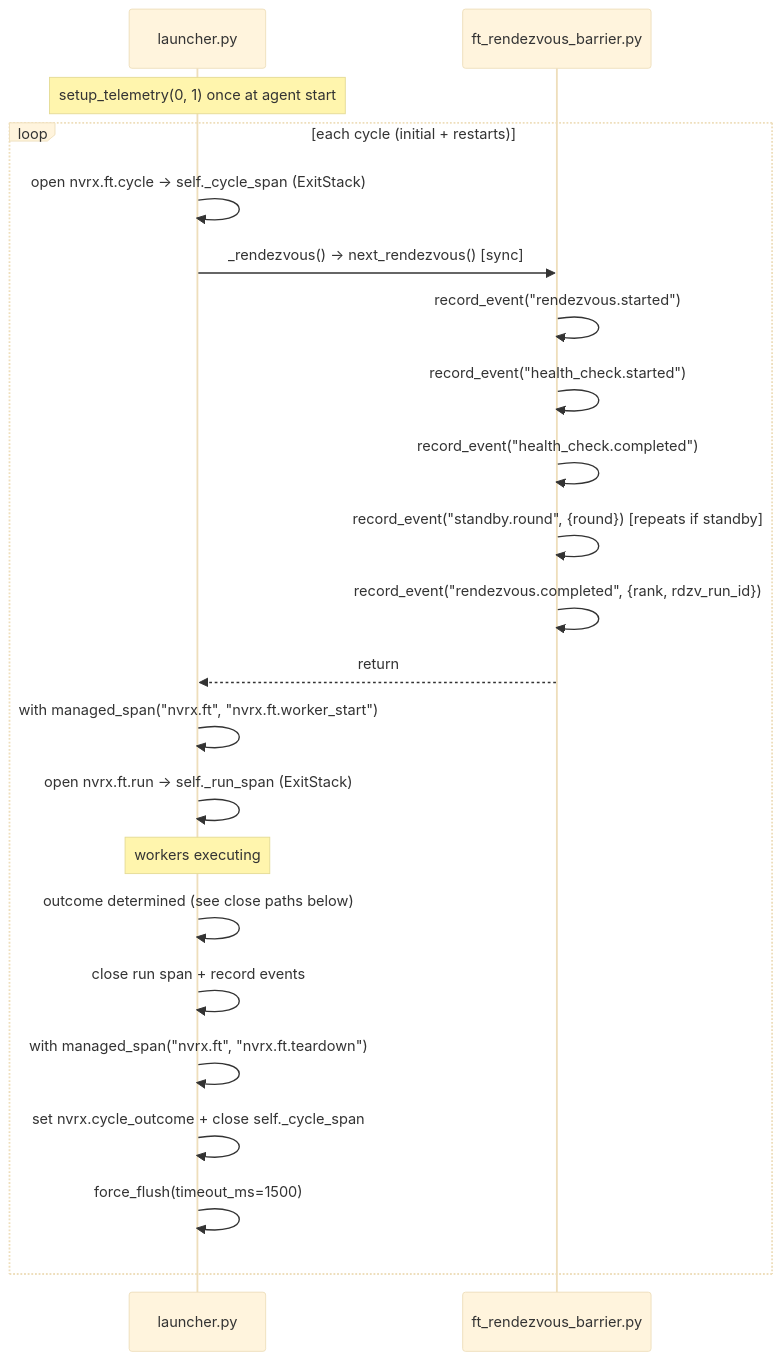
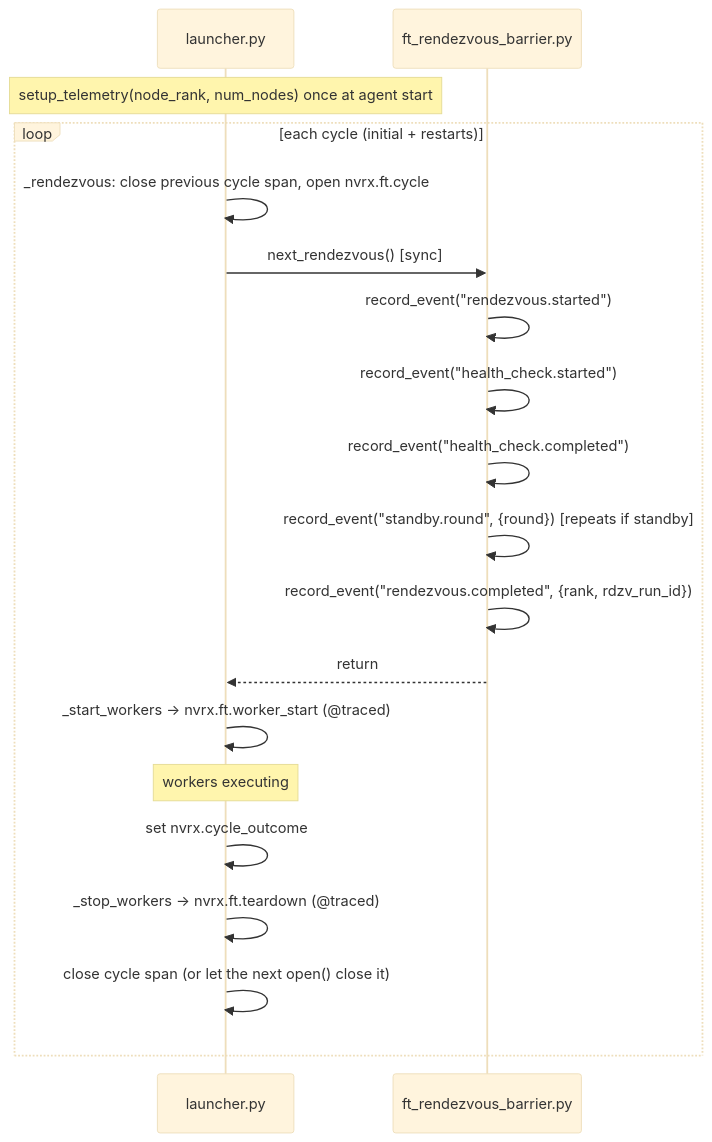
One commit to NVIDIA/nvidia-resiliency-ext changed the second of 3 diagrams in docs/design/telemetry/NEMO_LENS.md. Above: the diagram before and after it, drawn with Mermaid (base theme). The commit also changed other lines of this file and 5 other files, not shown here.

````diff
--- a/docs/design/telemetry/NEMO_LENS.md
+++ b/docs/design/telemetry/NEMO_LENS.md
@@ -104,26 +85,23 @@
 ```mermaid
 sequenceDiagram
     participant L as launcher.py
     participant R as ft_rendezvous_barrier.py
 
-    Note over L: setup_telemetry(0, 1) once at agent start
+    Note over L: setup_telemetry(node_rank, num_nodes) once at agent start
 
     loop each cycle (initial + restarts)
-        L->>L: open nvrx.ft.cycle → self._cycle_span (ExitStack)
-        L->>R: _rendezvous() → next_rendezvous() [sync]
+        L->>L: _rendezvous: close previous cycle span, open nvrx.ft.cycle
+        L->>R: next_rendezvous() [sync]
         R->>R: record_event("rendezvous.started")
         R->>R: record_event("health_check.started")
         R->>R: record_event("health_check.completed")
         R->>R: record_event("standby.round", {round}) [repeats if standby]
         R->>R: record_event("rendezvous.completed", {rank, rdzv_run_id})
         R-->>L: return
-        L->>L: with managed_span("nvrx.ft", "nvrx.ft.worker_start")
-        L->>L: open nvrx.ft.run → self._run_span (ExitStack)
+        L->>L: _start_workers -> nvrx.ft.worker_start (@traced)
         Note over L: workers executing
-        L->>L: outcome determined (see close paths below)
-        L->>L: close run span + record events
-        L->>L: with managed_span("nvrx.ft", "nvrx.ft.teardown")
-        L->>L: set nvrx.cycle_outcome + close self._cycle_span
-        L->>L: force_flush(timeout_ms=1500)
+        L->>L: set nvrx.cycle_outcome
+        L->>L: _stop_workers -> nvrx.ft.teardown (@traced)
+        L->>L: close cycle span (or let the next open() close it)
     end
 ```
````
